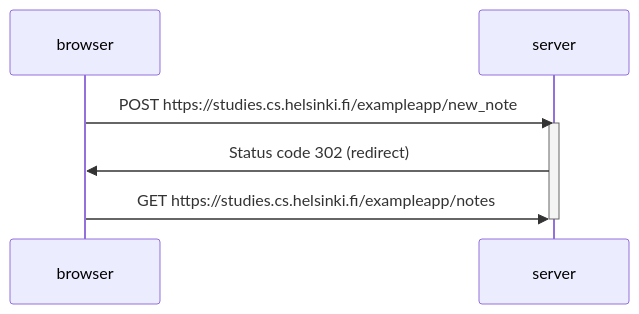
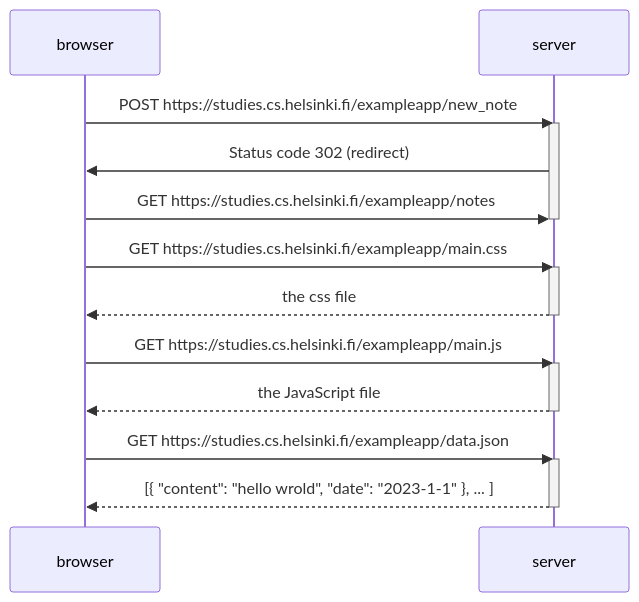
The diagram in osa0/t0.4.md (soikarin/fullstackopen), drawn with Mermaid before and after one commit.

````diff
--- a/osa0/t0.4.md
+++ b/osa0/t0.4.md
@@ -3,12 +3,27 @@
 ```mermaid
 sequenceDiagram
 participant browser
 participant server
 
 browser->>server: POST https://studies.cs.helsinki.fi/exampleapp/new_note
 activate server
 server->>browser: Status code 302 (redirect)
 browser->>server: GET https://studies.cs.helsinki.fi/exampleapp/notes
 deactivate server
 
+browser->>server: GET https://studies.cs.helsinki.fi/exampleapp/main.css
+activate server
+server-->>browser: the css file
+deactivate server
+
+browser->>server: GET https://studies.cs.helsinki.fi/exampleapp/main.js
+activate server
+server-->>browser: the JavaScript file
+deactivate server
+
+browser->>server: GET https://studies.cs.helsinki.fi/exampleapp/data.json
+activate server
+server-->>browser: [{ "content": "hello wrold", "date": "2023-1-1" }, ... ]
+deactivate server
+
 ```
````
